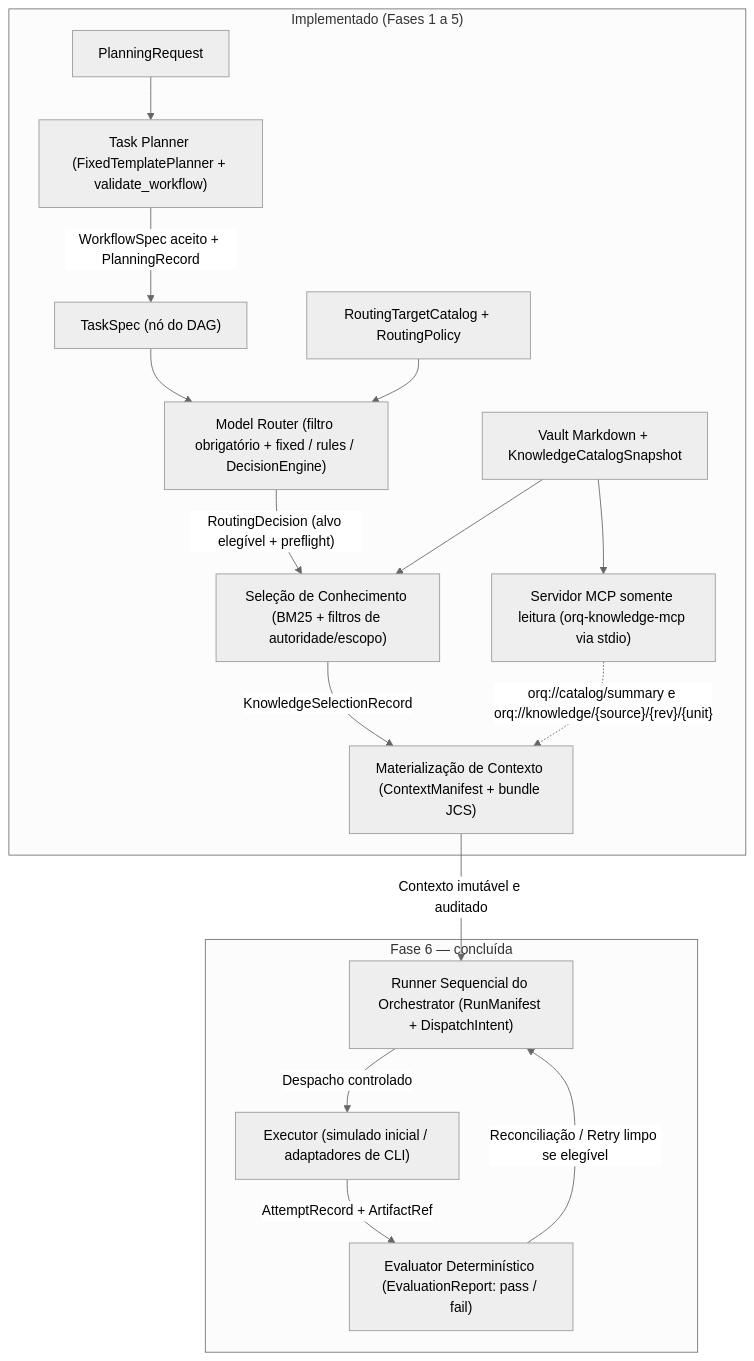
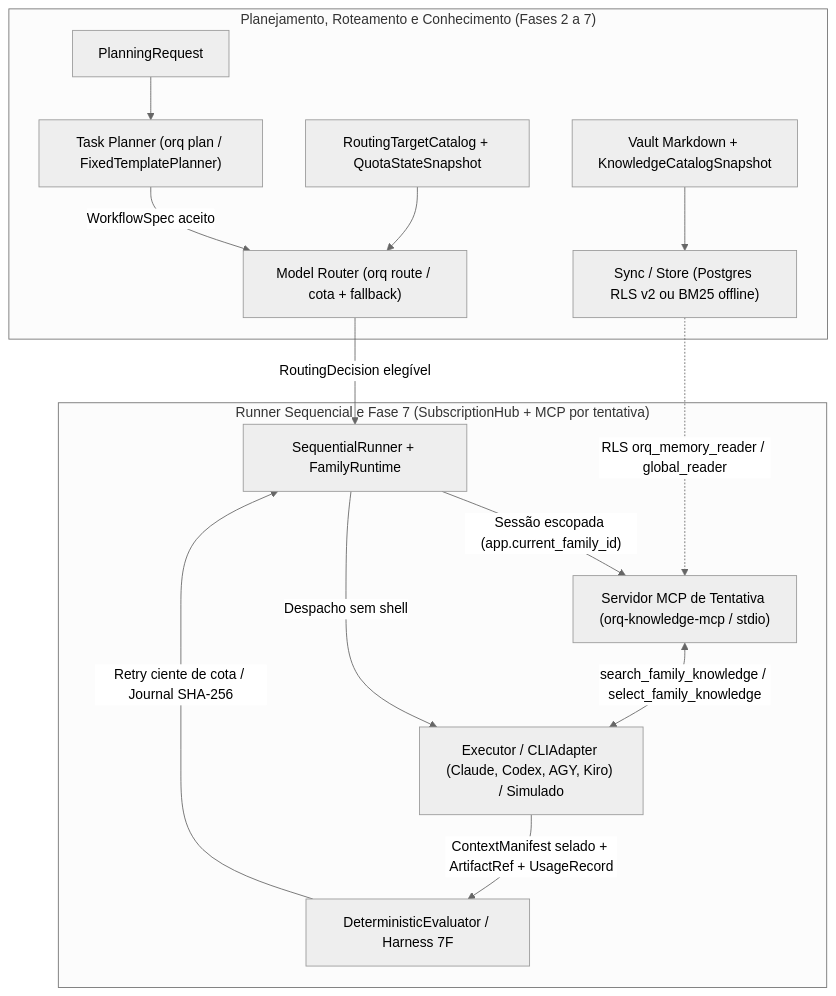
The diagram in README.md (huguerra1/orq), drawn with Mermaid (neutral theme) before and after one commit. The commit also changed other lines of this file and 168 other files, not shown here.

````diff
--- a/README.md
+++ b/README.md
@@ -36,24 +36,19 @@
 ```mermaid
 flowchart TD
-    subgraph Implementado["Implementado (Fases 1 a 5)"]
-        PR["PlanningRequest"] --> PLAN["Task Planner (FixedTemplatePlanner + validate_workflow)"]
-        PLAN -->|"WorkflowSpec aceito + PlanningRecord"| TASK["TaskSpec (nó do DAG)"]
-
-        TASK --> ROUTER["Model Router (filtro obrigatório + fixed / rules / DecisionEngine)"]
-        CAT_T["RoutingTargetCatalog + RoutingPolicy"] --> ROUTER
-        ROUTER -->|"RoutingDecision (alvo elegível + preflight)"| CTX_SEL["Seleção de Conhecimento (BM25 + filtros de autoridade/escopo)"]
-
-        VAULT["Vault Markdown + KnowledgeCatalogSnapshot"] --> CTX_SEL
-        CTX_SEL -->|"KnowledgeSelectionRecord"| CTX_MAT["Materialização de Contexto (ContextManifest + bundle JCS)"]
-
-        VAULT --> MCP["Servidor MCP somente leitura (orq-knowledge-mcp via stdio)"]
-        MCP -.->|"orq://catalog/summary e orq://knowledge/{source}/{rev}/{unit}"| CTX_MAT
+    subgraph Preparacao["Planejamento, Roteamento e Conhecimento (Fases 2 a 7)"]
+        PR["PlanningRequest"] --> PLAN["Task Planner (orq plan / FixedTemplatePlanner)"]
+        PLAN -->|"WorkflowSpec aceito"| ROUTER["Model Router (orq route / cota + fallback)"]
+        CAT_T["RoutingTargetCatalog + QuotaStateSnapshot"] --> ROUTER
+        VAULT["Vault Markdown + KnowledgeCatalogSnapshot"] --> SYNC["Sync / Store (Postgres RLS v2 ou BM25 offline)"]
     end
 
-    subgraph Fase6["Fase 6 — concluída"]
-        CTX_MAT -->|"Contexto imutável e auditado"| RUNNER["Runner Sequencial do Orchestrator (RunManifest + DispatchIntent)"]
-        RUNNER -->|"Despacho controlado"| EXEC["Executor (simulado inicial / adaptadores de CLI)"]
-        EXEC -->|"AttemptRecord + ArtifactRef"| EVAL["Evaluator Determinístico (EvaluationReport: pass / fail)"]
-        EVAL -->|"Reconciliação / Retry limpo se elegível"| RUNNER
+    subgraph Execucao["Runner Sequencial e Fase 7 (SubscriptionHub + MCP por tentativa)"]
+        ROUTER -->|"RoutingDecision elegível"| RUNNER["SequentialRunner + FamilyRuntime"]
+        RUNNER -->|"Sessão escopada (app.current_family_id)"| MCP["Servidor MCP de Tentativa (orq-knowledge-mcp / stdio)"]
+        SYNC -.->|"RLS orq_memory_reader / global_reader"| MCP
+        RUNNER -->|"Despacho sem shell"| EXEC["Executor / CLIAdapter (Claude, Codex, AGY, Kiro) / Simulado"]
+        MCP <-->|"search_family_knowledge / select_family_knowledge"| EXEC
+        EXEC -->|"ContextManifest selado + ArtifactRef + UsageRecord"| EVAL["DeterministicEvaluator / Harness 7F"]
+        EVAL -->|"Retry ciente de cota / Journal SHA-256"| RUNNER
     end
 ```
````
